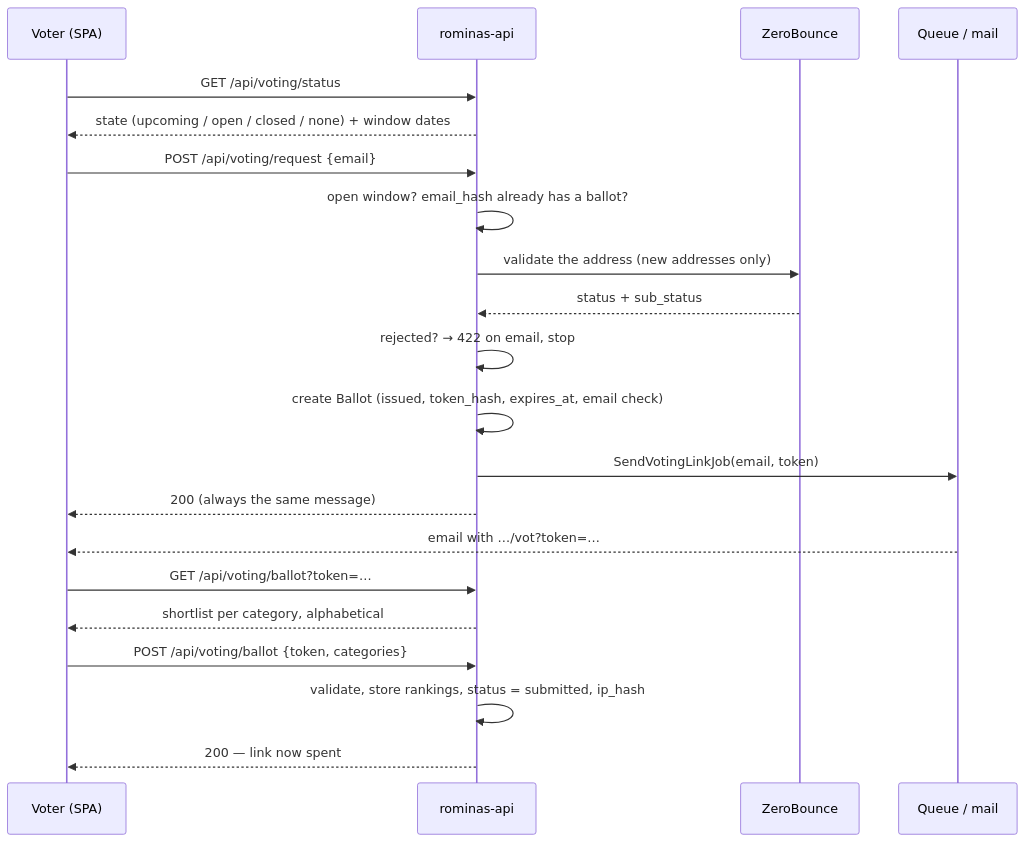
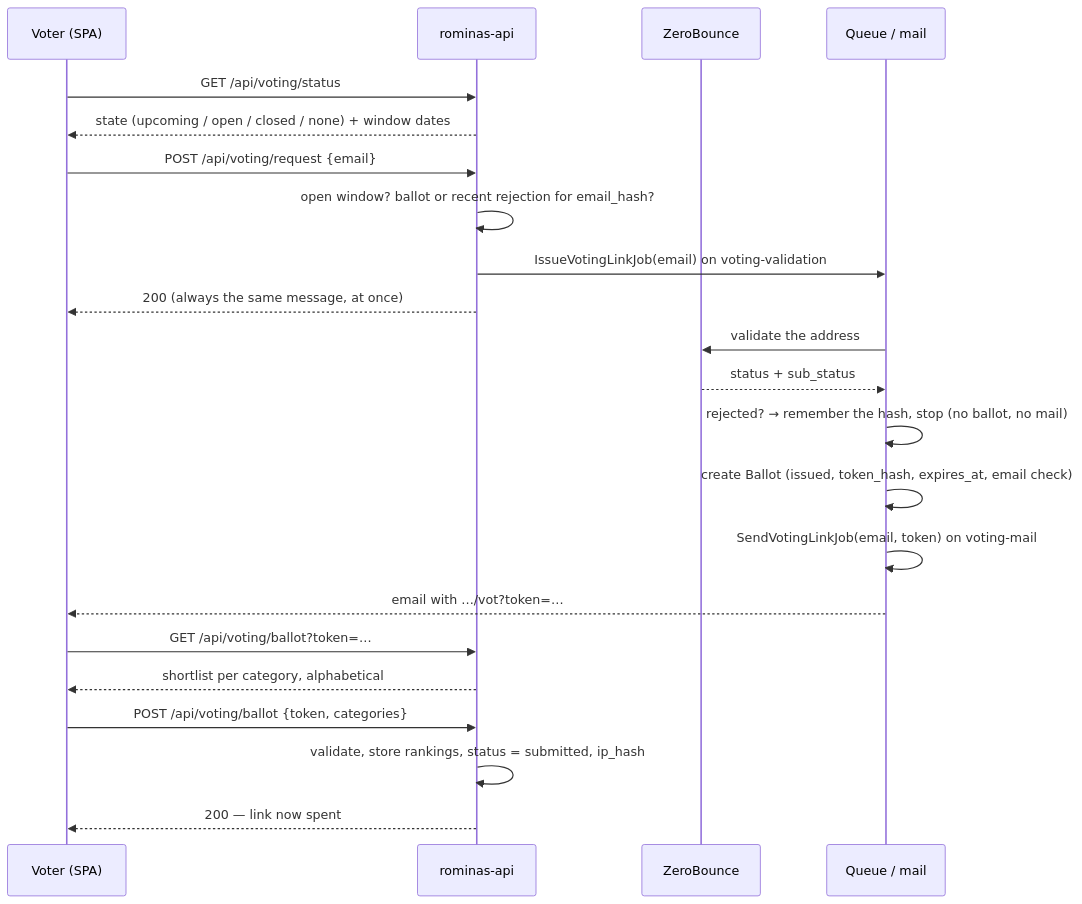
One commit to soma-labs/rominas-api changed the diagram in docs/voting.md. Above: the diagram before and after it, drawn with Mermaid. The commit also changed other lines of this file and 11 other files, not shown here.

First line of the commit message:
Answer the voting-link request at once and validate the address in a queued job

````diff
--- a/docs/voting.md
+++ b/docs/voting.md
@@ -11,24 +11,25 @@
 ```mermaid
 sequenceDiagram
     participant V as Voter (SPA)
     participant API as rominas-api
     participant ZB as ZeroBounce
     participant Q as Queue / mail
 
     V->>API: GET /api/voting/status
     API-->>V: state (upcoming / open / closed / none) + window dates
     V->>API: POST /api/voting/request {email}
-    API->>API: open window? email_hash already has a ballot?
-    API->>ZB: validate the address (new addresses only)
-    ZB-->>API: status + sub_status
-    API->>API: rejected? → 422 on email, stop
-    API->>API: create Ballot (issued, token_hash, expires_at, email check)
-    API->>Q: SendVotingLinkJob(email, token)
-    API-->>V: 200 (always the same message)
+    API->>API: open window? ballot or recent rejection for email_hash?
+    API->>Q: IssueVotingLinkJob(email) on voting-validation
+    API-->>V: 200 (always the same message, at once)
+    Q->>ZB: validate the address
+    ZB-->>Q: status + sub_status
+    Q->>Q: rejected? → remember the hash, stop (no ballot, no mail)
+    Q->>Q: create Ballot (issued, token_hash, expires_at, email check)
+    Q->>Q: SendVotingLinkJob(email, token) on voting-mail
     Q-->>V: email with …/vot?token=…
     V->>API: GET /api/voting/ballot?token=…
     API-->>V: shortlist per category, alphabetical
     V->>API: POST /api/voting/ballot {token, categories}
     API->>API: validate, store rankings, status = submitted, ip_hash
     API-->>V: 200 — link now spent
 ```
````
